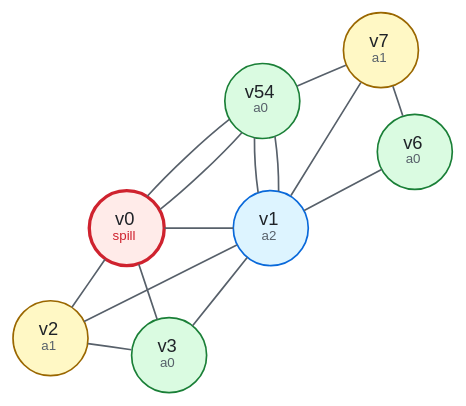
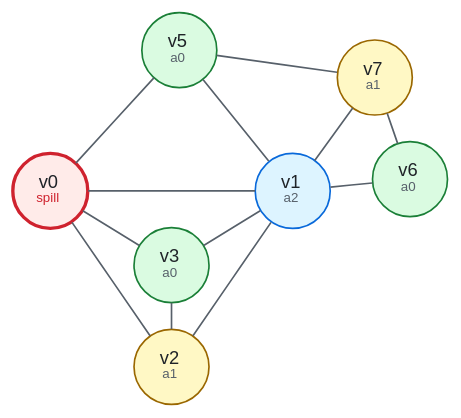
One commit to aita/CompLab changed the diagram in Sable/compiler/doc/figures/wt-colour.dot. Above: the diagram before and after it, drawn with Graphviz. The commit also changed 7 other files, not shown here.

First line of the commit message:
Lay the walkthrough graphs out by hand, and stop drawing over v4

```diff
--- a/Sable/compiler/doc/figures/wt-colour.dot
+++ b/Sable/compiler/doc/figures/wt-colour.dot
@@ -1,38 +1,37 @@
 // One state of the worked example in doc/regalloc.md, section 4.  K is 3.
 // The graph, the degrees and the order of the steps all come from
 // tests/walkthrough.exe; nothing here was worked out by hand.
 //
-// The wt-*.dot files share the style block below; keep them in step.
+// The wt-*.dot files share the style block and the pinned positions
+// below; keep them in step, or a node will jump between panels.
 // Render with ./render.sh (needs graphviz).
 graph wt {
   layout = neato;
   overlap = false;
   splines = true;
   bgcolor = "transparent";
   sep = "+8";
   node [shape = circle, style = filled, fillcolor = "#f6f8fa",
         color = "#57606a", fontcolor = "#1f2328",
         fontname = "Helvetica", fontsize = 11, width = 0.62, fixedsize = true];
   edge [color = "#57606a", dir = none, fontname = "Helvetica", fontsize = 9];
-  v0 [label = <v0<BR/><FONT POINT-SIZE="8" COLOR="#cf222e">spill</FONT>>, fillcolor = "#ffebe9", color = "#cf222e", penwidth = 2 pos = "0,1.5!"];
-  v1 [label = <v1<BR/><FONT POINT-SIZE="8" COLOR="#57606a">a2</FONT>>, fillcolor = "#ddf4ff", color = "#0969da" pos = "1.7,1.5!"];
-  v2 [label = <v2<BR/><FONT POINT-SIZE="8" COLOR="#57606a">a1</FONT>>, fillcolor = "#fff8c5", color = "#9a6700" pos = "-0.9,0.2!"];
-  v3 [label = <v3<BR/><FONT POINT-SIZE="8" COLOR="#57606a">a0</FONT>>, fillcolor = "#dafbe1", color = "#1a7f37" pos = "0.5,0!"];
-  v5 [label = <v54<BR/><FONT POINT-SIZE="8" COLOR="#57606a">a0</FONT>>, fillcolor = "#dafbe1", color = "#1a7f37" pos = "1.6,3!"];
-  v6 [label = <v6<BR/><FONT POINT-SIZE="8" COLOR="#57606a">a0</FONT>>, fillcolor = "#dafbe1", color = "#1a7f37" pos = "3.4,2.4!"];
-  v7 [label = <v7<BR/><FONT POINT-SIZE="8" COLOR="#57606a">a1</FONT>>, fillcolor = "#fff8c5", color = "#9a6700" pos = "3,3.6!"];
+  v0 [label = <v0<BR/><FONT POINT-SIZE="8" COLOR="#cf222e">spill</FONT>>, fillcolor = "#ffebe9", color = "#cf222e", penwidth = 2 pos = "-1.55,0.1!"];
+  v1 [label = <v1<BR/><FONT POINT-SIZE="8" COLOR="#57606a">a2</FONT>>, fillcolor = "#ddf4ff", color = "#0969da" pos = "1.55,0.1!"];
+  v2 [label = <v2<BR/><FONT POINT-SIZE="8" COLOR="#57606a">a1</FONT>>, fillcolor = "#fff8c5", color = "#9a6700" pos = "0,-2.15!"];
+  v3 [label = <v3<BR/><FONT POINT-SIZE="8" COLOR="#57606a">a0</FONT>>, fillcolor = "#dafbe1", color = "#1a7f37" pos = "0,-0.85!"];
+  v5 [label = <v5<BR/><FONT POINT-SIZE="8" COLOR="#57606a">a0</FONT>>, fillcolor = "#dafbe1", color = "#1a7f37" pos = "0.1,1.9!"];
+  v6 [label = <v6<BR/><FONT POINT-SIZE="8" COLOR="#57606a">a0</FONT>>, fillcolor = "#dafbe1", color = "#1a7f37" pos = "3.05,0.25!"];
+  v7 [label = <v7<BR/><FONT POINT-SIZE="8" COLOR="#57606a">a1</FONT>>, fillcolor = "#fff8c5", color = "#9a6700" pos = "2.6,1.55!"];
   v0 -- v1 [color = "#57606a"];
   v0 -- v2 [color = "#57606a"];
   v0 -- v3 [color = "#57606a"];
   v0 -- v5 [color = "#57606a"];
-  v0 -- v5 [color = "#57606a"];
   v1 -- v2 [color = "#57606a"];
   v1 -- v3 [color = "#57606a"];
-  v1 -- v5 [color = "#57606a"];
   v1 -- v5 [color = "#57606a"];
   v1 -- v6 [color = "#57606a"];
   v1 -- v7 [color = "#57606a"];
   v2 -- v3 [color = "#57606a"];
   v5 -- v7 [color = "#57606a"];
   v6 -- v7 [color = "#57606a"];
 }
```
